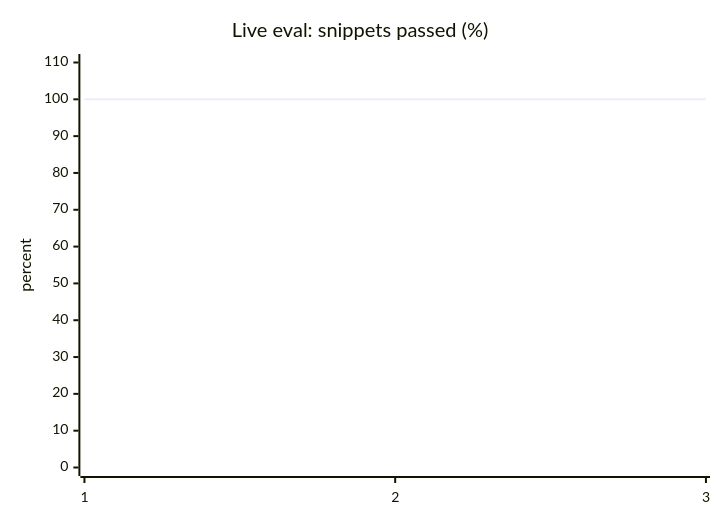
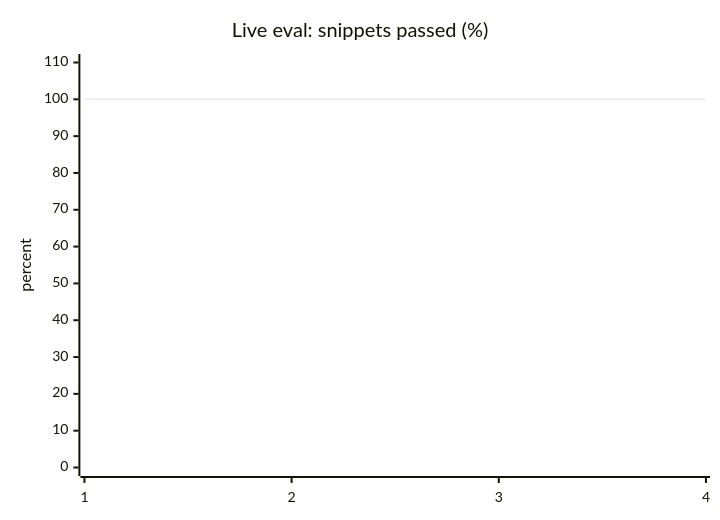
The diagram in docs/eval-history.md (subhiandrews/codecheck), drawn with Mermaid before and after one commit. The commit also changed other lines of this file and 1 other file, not shown here.

Commit message:
docs: record the live eval for 1.1.0

````diff
--- a/docs/eval-history.md
+++ b/docs/eval-history.md
@@ -13,7 +13,7 @@
 ```mermaid
 xychart-beta
     title "Live eval: snippets passed (%)"
-    x-axis [1, 2, 3]
+    x-axis [1, 2, 3, 4]
     y-axis "percent" 0 --> 110
-    line [100, 100, 100]
+    line [100, 100, 100, 100]
 ```
````
